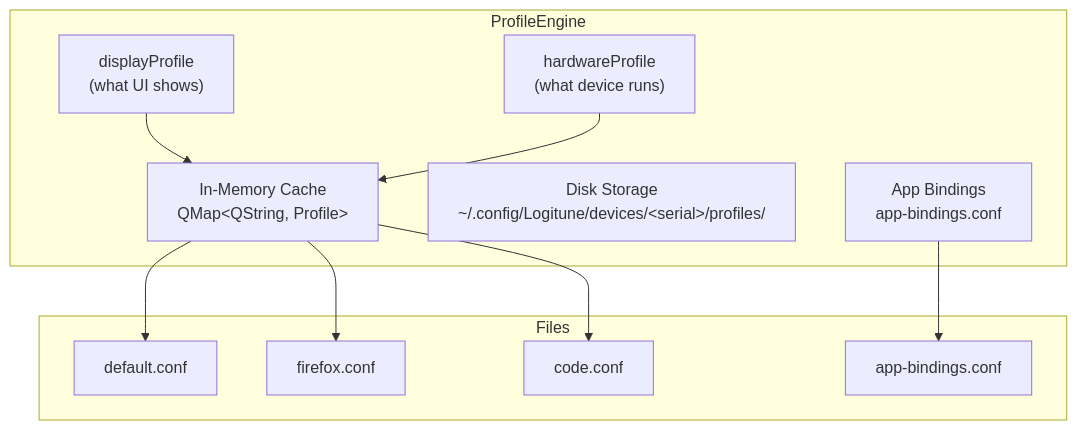
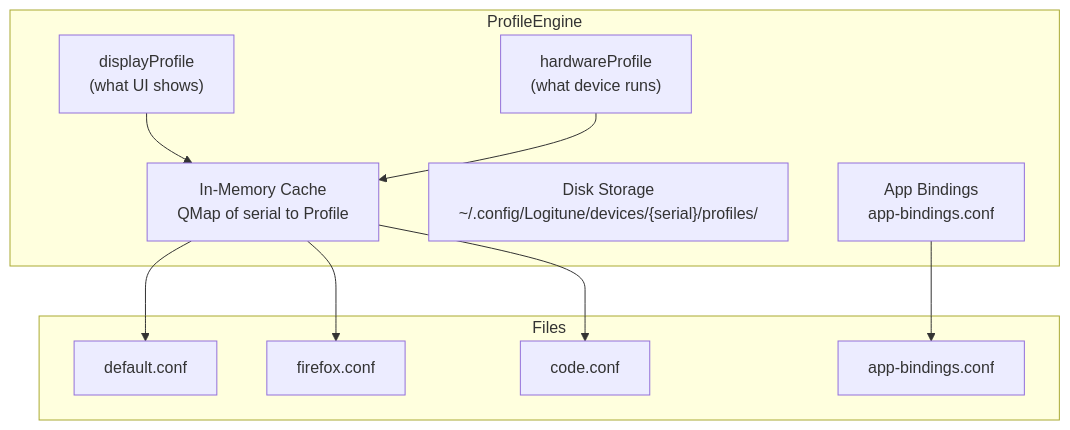
Before and after one commit to mmaher88/logitune: the sixth of 15 diagrams in docs/wiki/Architecture.md, drawn with Mermaid. The commit also changed other lines of this file and 58 other files, not shown here.

First line of the commit message:
Refactor: extract behavior from AppController, rename to AppRoot, polish class naming, rewrite architecture wiki (closes #107) (#108)

````diff
--- a/docs/wiki/Architecture.md
+++ b/docs/wiki/Architecture.md
@@ -285,25 +347,25 @@
 ```mermaid
 graph TB
     subgraph "ProfileEngine"
-        Cache["In-Memory Cache<br/>QMap&lt;QString, Profile&gt;"]
-        Disk["Disk Storage<br/>~/.config/Logitune/devices/&lt;serial&gt;/profiles/"]
+        Cache["In-Memory Cache<br/>QMap of serial to Profile"]
+        Disk["Disk Storage<br/>~/.config/Logitune/devices/{serial}/profiles/"]
         Bindings["App Bindings<br/>app-bindings.conf"]
         Display["displayProfile<br/>(what UI shows)"]
         Hardware["hardwareProfile<br/>(what device runs)"]
     end
 
     subgraph "Files"
         Default["default.conf"]
         Firefox["firefox.conf"]
         VSCode["code.conf"]
         AppBindConf["app-bindings.conf"]
     end
 
     Cache --> Default
     Cache --> Firefox
     Cache --> VSCode
     Bindings --> AppBindConf
-    
+
     Display --> Cache
     Hardware --> Cache
 ```
````
